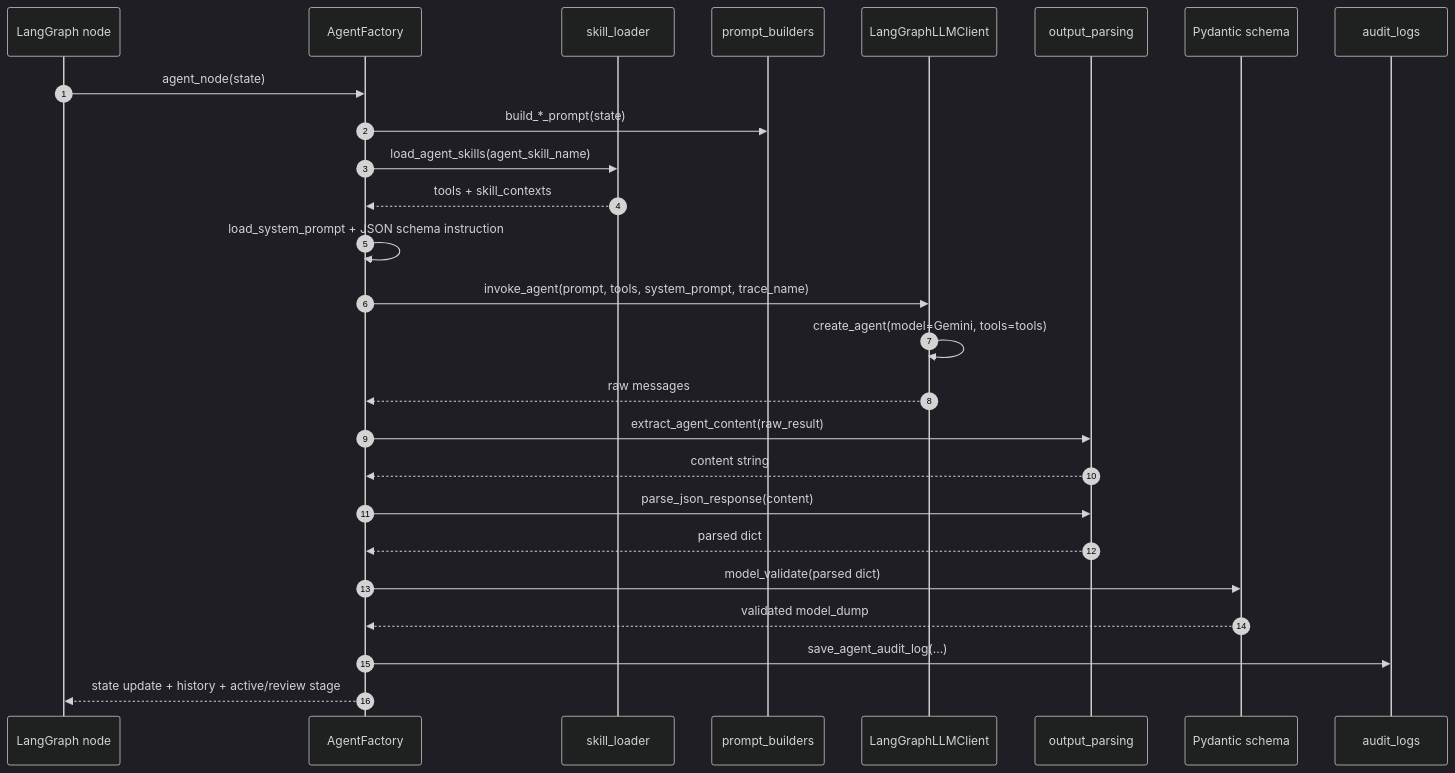
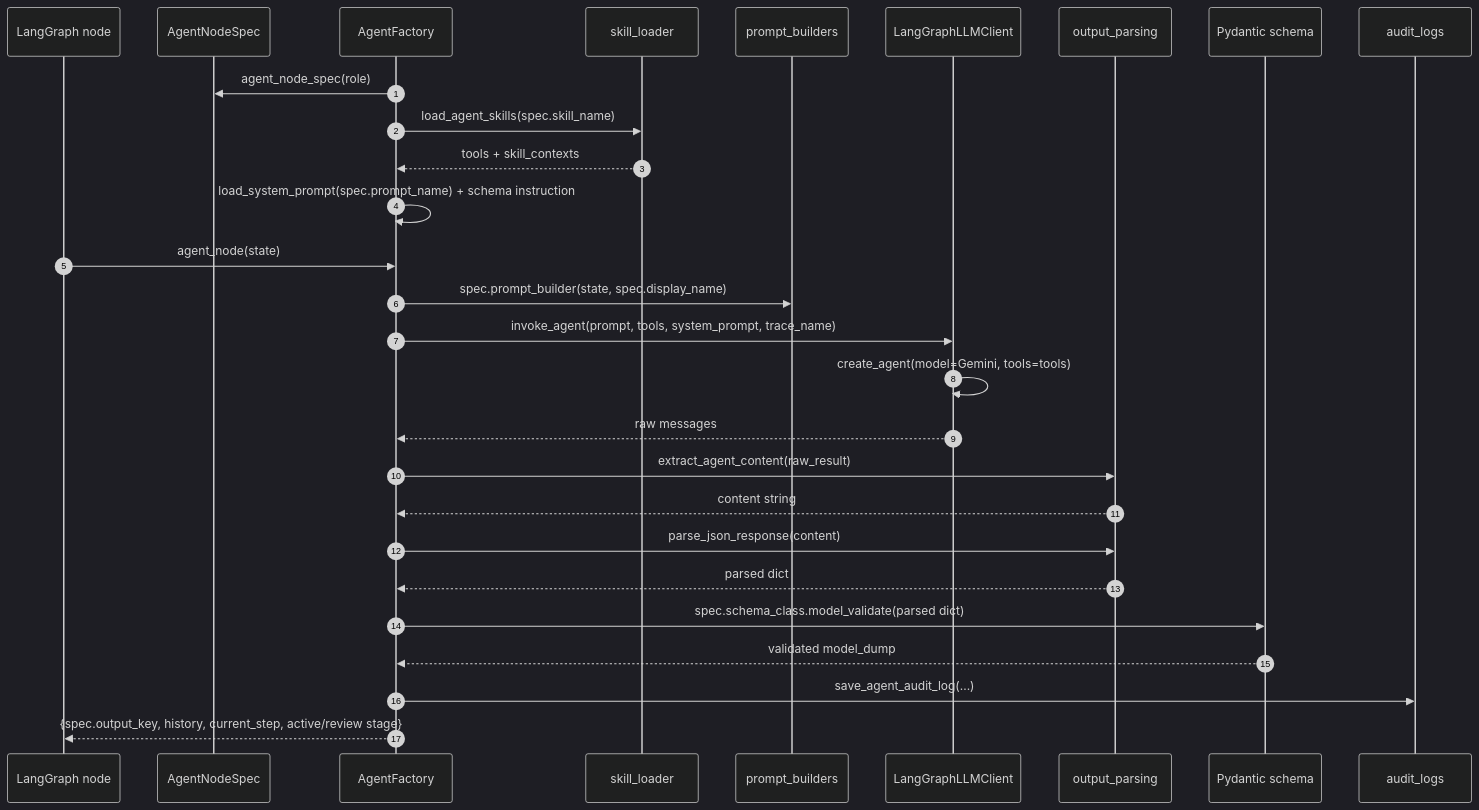
Before and after one commit to anhtuan23004/Undergraduate-thesis-2026: the second of 6 diagrams in src/agent-service/docs/03-agents-prompts-skills.md, drawn with Mermaid (dark theme). The commit also changed other lines of this file and 10 other files, not shown here.

Commit message:
refactor(agent-service): add agent node specs

````diff
--- a/src/agent-service/docs/03-agents-prompts-skills.md
+++ b/src/agent-service/docs/03-agents-prompts-skills.md
@@ -22,29 +50,31 @@
 ```mermaid
 sequenceDiagram
     autonumber
     participant Graph as LangGraph node
+    participant Spec as AgentNodeSpec
     participant Factory as AgentFactory
     participant Loader as skill_loader
     participant Prompt as prompt_builders
     participant LLM as LangGraphLLMClient
     participant Parser as output_parsing
     participant Schema as Pydantic schema
     participant Mongo as audit_logs
 
+    Factory->>Spec: agent_node_spec(role)
+    Factory->>Loader: load_agent_skills(spec.skill_name)
+    Loader-->>Factory: tools + skill_contexts
+    Factory->>Factory: load_system_prompt(spec.prompt_name) + schema instruction
     Graph->>Factory: agent_node(state)
-    Factory->>Prompt: build_*_prompt(state)
-    Factory->>Loader: load_agent_skills(agent_skill_name)
-    Loader-->>Factory: tools + skill_contexts
-    Factory->>Factory: load_system_prompt + JSON schema instruction
+    Factory->>Prompt: spec.prompt_builder(state, spec.display_name)
     Factory->>LLM: invoke_agent(prompt, tools, system_prompt, trace_name)
     LLM->>LLM: create_agent(model=Gemini, tools=tools)
     LLM-->>Factory: raw messages
     Factory->>Parser: extract_agent_content(raw_result)
     Parser-->>Factory: content string
     Factory->>Parser: parse_json_response(content)
     Parser-->>Factory: parsed dict
-    Factory->>Schema: model_validate(parsed dict)
+    Factory->>Schema: spec.schema_class.model_validate(parsed dict)
     Schema-->>Factory: validated model_dump
     Factory->>Mongo: save_agent_audit_log(...)
-    Factory-->>Graph: state update + history + active/review stage
+    Factory-->>Graph: {spec.output_key, history, current_step, active/review stage}
 ```
````
